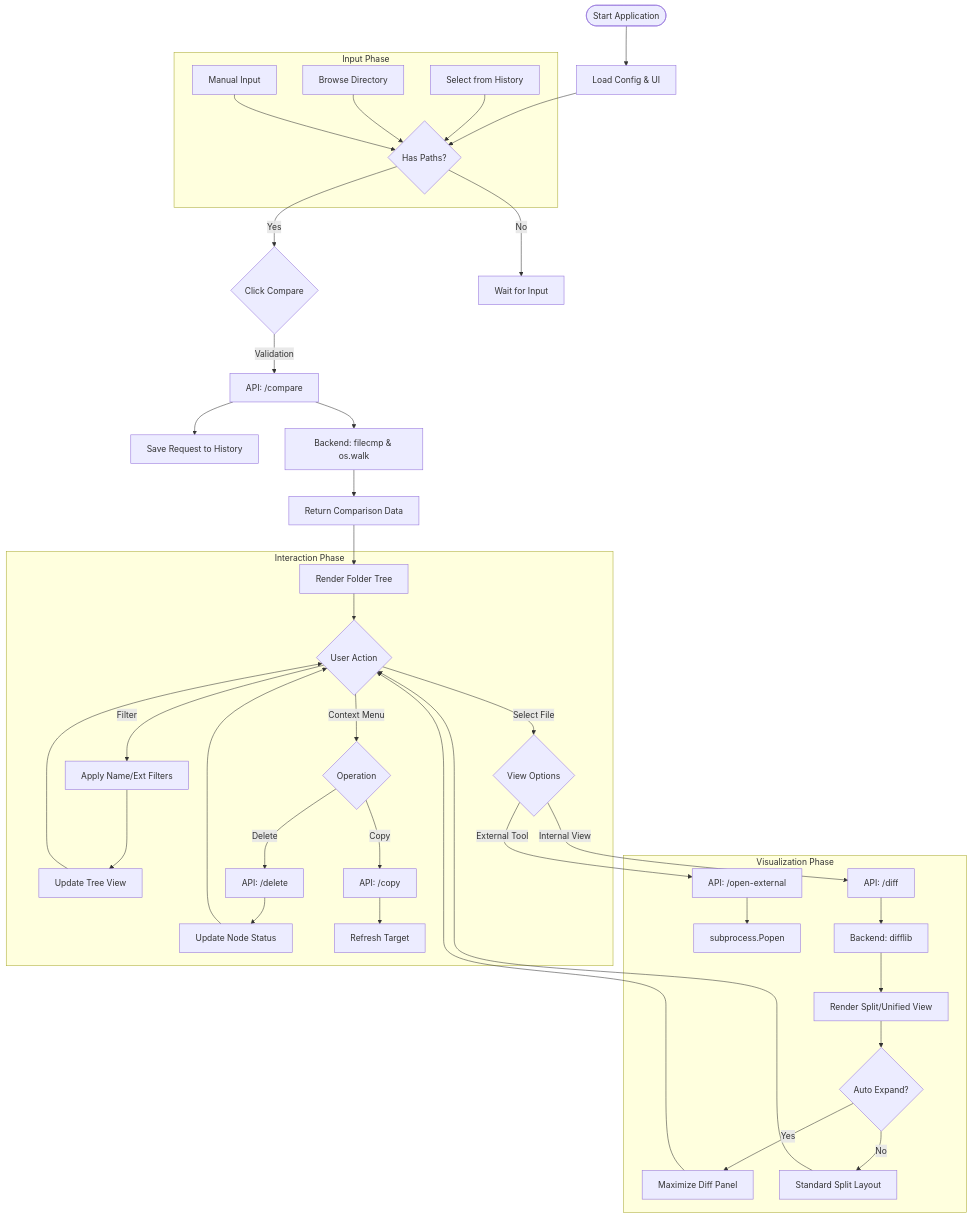
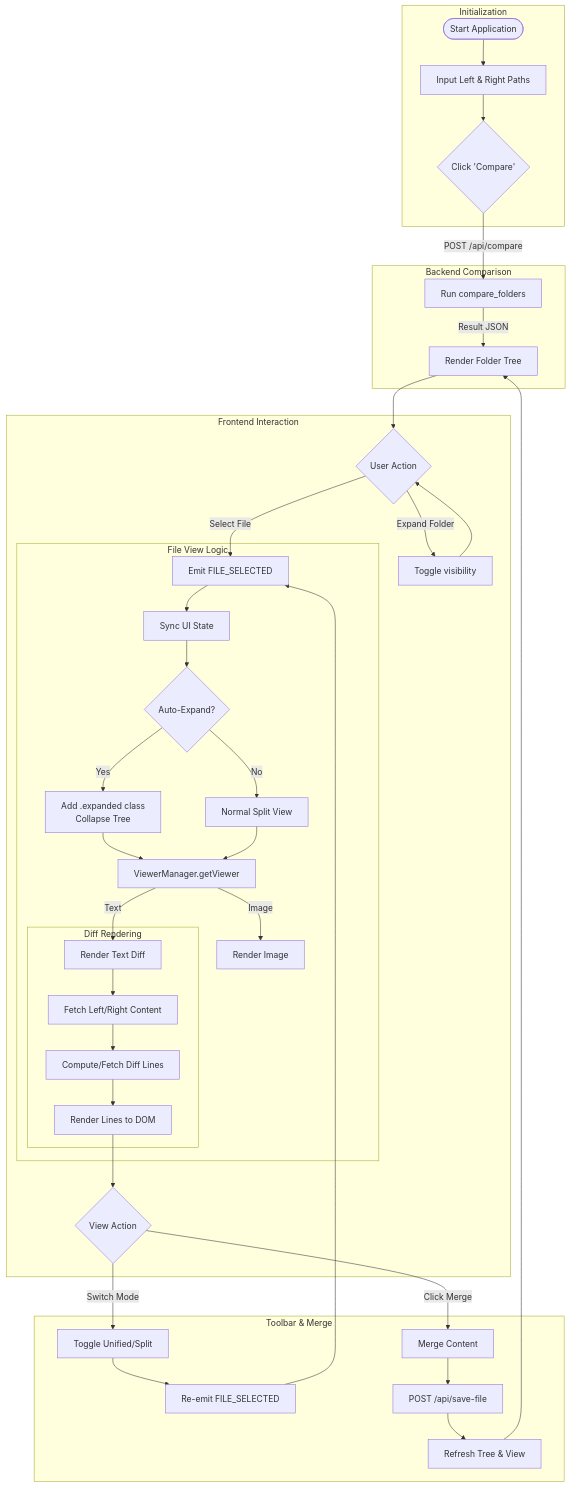
The diagram in docs/flowchart.md (juitem/JFolderMerge), drawn with Mermaid before and after one commit. The commit also changed other lines of this file and 12 other files, not shown here.

First line of the commit message:
Apply Settings Save

````diff
--- a/docs/flowchart.md
+++ b/docs/flowchart.md
@@ -5,55 +5,57 @@
 ```mermaid
 flowchart TD
-    Start([Start Application]) --> Init[Load Config & UI]
-    Init --> InputState
+    %% Nodes
+    Start([Start Application])
+    InputPaths[Input Left & Right Paths]
+    CompareBtn{Click 'Compare'}
     
-    subgraph Input Phase
-        InputState{Has Paths?}
-        History[Select from History] --> InputState
-        Browse[Browse Directory] --> InputState
-        Manual[Manual Input] --> InputState
+    subgraph Initialization
+        Start --> InputPaths
+        InputPaths --> CompareBtn
+    end
+
+    subgraph Comparison_Logic [Backend Comparison]
+        CompareBtn -->|POST /api/compare| API_Compare[Run compare_folders]
+        API_Compare -->|Result JSON| RenderTree[Render Folder Tree]
+    end
+
+    subgraph Interaction_Loop [Frontend Interaction]
+        RenderTree --> UserAction{User Action}
+        
+        UserAction -- Expand Folder --> ToggleFolder[Toggle visibility]
+        ToggleFolder --> UserAction
+        
+        UserAction -- Select File --> FileLogic[Emit FILE_SELECTED]
+        
+        subgraph File_Viewing [File View Logic]
+            FileLogic --> UI_Sync[Sync UI State]
+            UI_Sync --> AutoExpand{Auto-Expand?}
+            
+            AutoExpand -- Yes --> DOM_Expand[Add .expanded class\nCollapse Tree]
+            AutoExpand -- No --> DOM_Normal[Normal Split View]
+            
+            DOM_Expand & DOM_Normal --> SelectViewer[ViewerManager.getViewer]
+            
+            SelectViewer -- Image --> ImageViewer[Render Image]
+            SelectViewer -- Text --> DiffViewer[Render Text Diff]
+            
+            subgraph Diff_Process [Diff Rendering]
+                DiffViewer --> FetchContent[Fetch Left/Right Content]
+                FetchContent --> ComputeDiff[Compute/Fetch Diff Lines]
+                ComputeDiff --> RenderHTML[Render Lines to DOM]
+            end
+        end
+        
+        RenderHTML --> ViewAction{View Action}
     end
     
-    InputState -- Yes --> Compare{Click Compare}
-    InputState -- No --> Wait[Wait for Input]
-    
-    Compare -->|Validation| APICall[API: /compare]
-    APICall --> SaveHistory[Save Request to History]
-    APICall --> BackendComp[Backend: filecmp & os.walk]
-    BackendComp --> ReturnJSON[Return Comparison Data]
-    
-    ReturnJSON --> RenderTree[Render Folder Tree]
-    
-    subgraph Interaction Phase
-        RenderTree --> UserAction{User Action}
+    subgraph View_Actions [Toolbar & Merge]
+        ViewAction -- Switch Mode --> ViewMode[Toggle Unified/Split]
+        ViewMode --> ReTrigger[Re-emit FILE_SELECTED] --> FileLogic
         
-        UserAction -- Filter --> ApplyFilter[Apply Name/Ext Filters]
-        ApplyFilter --> ReRender[Update Tree View]
-        
-        UserAction -- Select File --> CheckViewOpts{View Options}
-        
-        UserAction -- Context Menu --> Ops{Operation}
-        Ops -- Delete --> APIDelete[API: /delete]
-        Ops -- Copy --> APICopy[API: /copy]
-        APIDelete --> UpdateStatus[Update Node Status]
-        APICopy --> Refresh[Refresh Target]
+        ViewAction -- Click Merge --> MergeLogic[Merge Content]
+        MergeLogic --> API_Save[POST /api/save-file]
+        API_Save --> Refresh[Refresh Tree & View]
+        Refresh --> RenderTree
     end
-    
-    subgraph Visualization Phase
-        CheckViewOpts -- External Tool --> ExtLaunch[API: /open-external]
-        ExtLaunch --> SysCall[subprocess.Popen]
-        
-        CheckViewOpts -- Internal View --> FetchDiff[API: /diff]
-        FetchDiff --> CalcDiff[Backend: difflib]
-        CalcDiff --> ShowDiff[Render Split/Unified View]
-        
-        ShowDiff --> CheckExpand{Auto Expand?}
-        CheckExpand -- Yes --> ToggleFull[Maximize Diff Panel]
-        CheckExpand -- No --> StandardView[Standard Split Layout]
-    end
-    
-    UpdateStatus --> UserAction
-    ReRender --> UserAction
-    StandardView --> UserAction
-    ToggleFull --> UserAction
 ```
````
